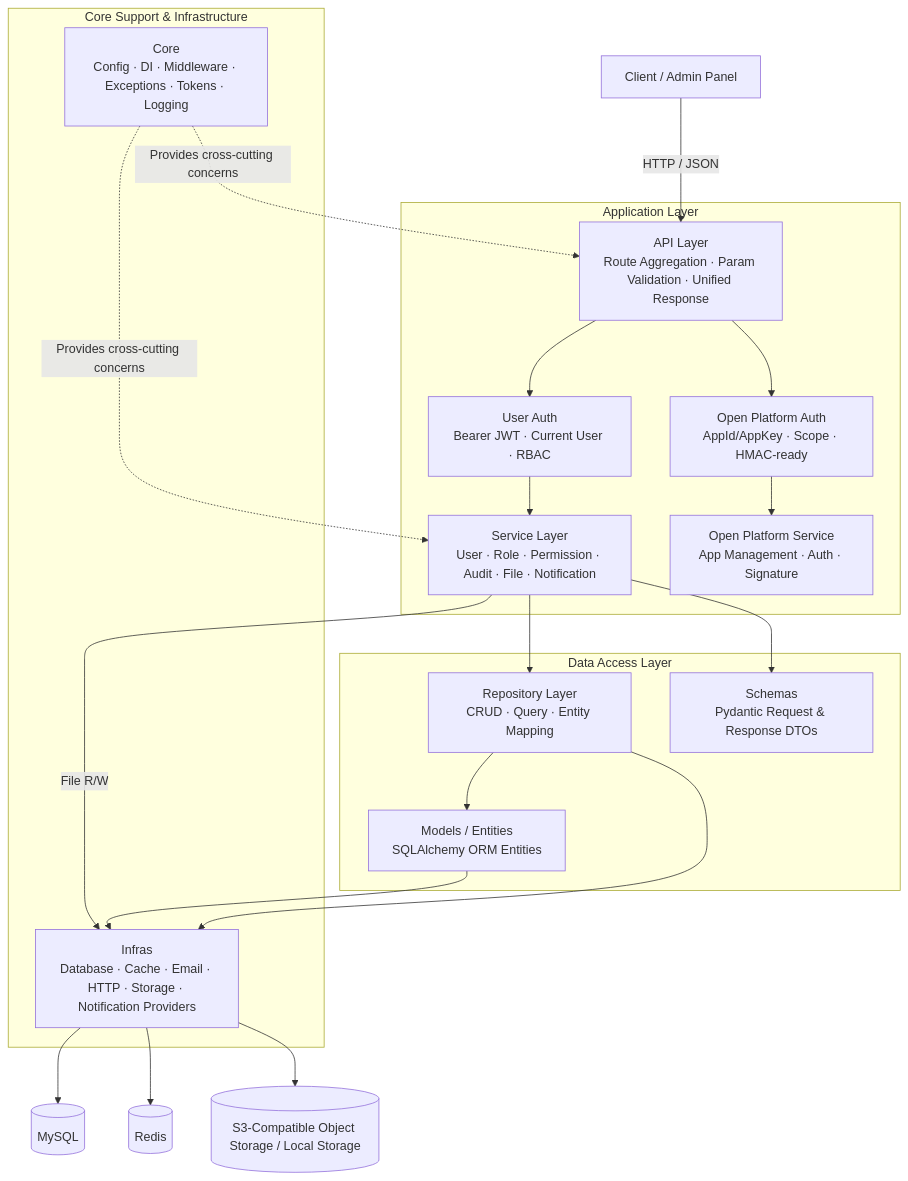
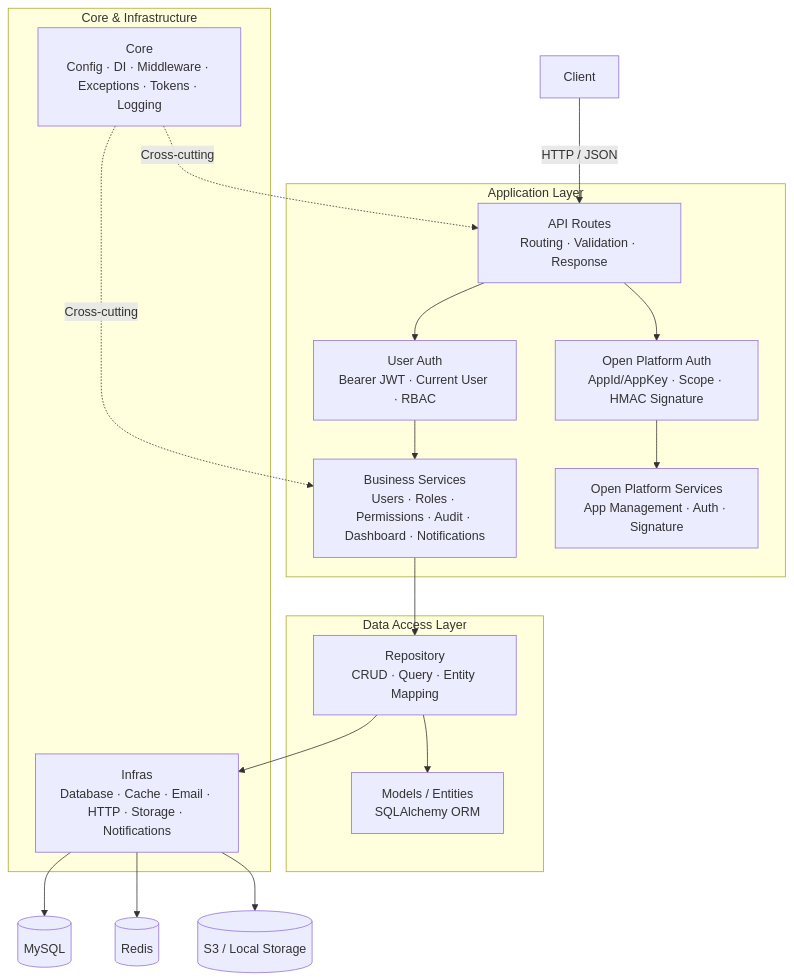
The first of 3 diagrams in server/README.en.md (cross-lang/x-HanJiang), drawn with Mermaid before and after one commit. The commit also changed other lines of this file and 4 other files, not shown here.

````diff
--- a/server/README.en.md
+++ b/server/README.en.md
@@ -265,31 +241,28 @@
 ```mermaid
 flowchart TB
-  Client[Client / Admin Panel] -->|HTTP / JSON| API[API Layer<br/>Route Aggregation · Param Validation · Unified Response]
+  Client[Client] -->|HTTP / JSON| API[API Routes<br/>Routing · Validation · Response]
 
   subgraph Application[Application Layer]
     API --> Auth[User Auth<br/>Bearer JWT · Current User · RBAC]
-    API --> OpenAuth[Open Platform Auth<br/>AppId/AppKey · Scope · HMAC-ready]
-    Auth --> Service[Service Layer<br/>User · Role · Permission · Audit · File · Notification]
-    OpenAuth --> OpenService[Open Platform Service<br/>App Management · Auth · Signature]
+    API --> OpenAuth[Open Platform Auth<br/>AppId/AppKey · Scope · HMAC Signature]
+    Auth --> Service[Business Services<br/>Users · Roles · Permissions · Audit · Dashboard · Notifications]
+    OpenAuth --> OpenService[Open Platform Services<br/>App Management · Auth · Signature]
   end
 
   subgraph Data[Data Access Layer]
-    Service --> Repository[Repository Layer<br/>CRUD · Query · Entity Mapping]
-    Repository --> Entity[Models / Entities<br/>SQLAlchemy ORM Entities]
-    Service --> Schema[Schemas<br/>Pydantic Request & Response DTOs]
+    Service --> Repository[Repository<br/>CRUD · Query · Entity Mapping]
+    Repository --> Entity[Models / Entities<br/>SQLAlchemy ORM]
   end
 
-  subgraph Support[Core Support & Infrastructure]
+  subgraph Support[Core & Infrastructure]
     Core[Core<br/>Config · DI · Middleware · Exceptions · Tokens · Logging]
-    Infra[Infras<br/>Database · Cache · Email · HTTP · Storage · Notification Providers]
+    Infra[Infras<br/>Database · Cache · Email · HTTP · Storage · Notifications]
   end
 
-  Core -.Provides cross-cutting concerns.-> API
-  Core -.Provides cross-cutting concerns.-> Service
+  Core -.Cross-cutting.-> API
+  Core -.Cross-cutting.-> Service
   Repository --> Infra
-  Entity --> Infra
-  Service -->|File R/W| Infra
   Infra --> DB[(MySQL)]
   Infra --> Redis[(Redis)]
-  Infra --> OSS[(S3-Compatible Object Storage / Local Storage)]
+  Infra --> OSS[(S3 / Local Storage)]
 ```
````
